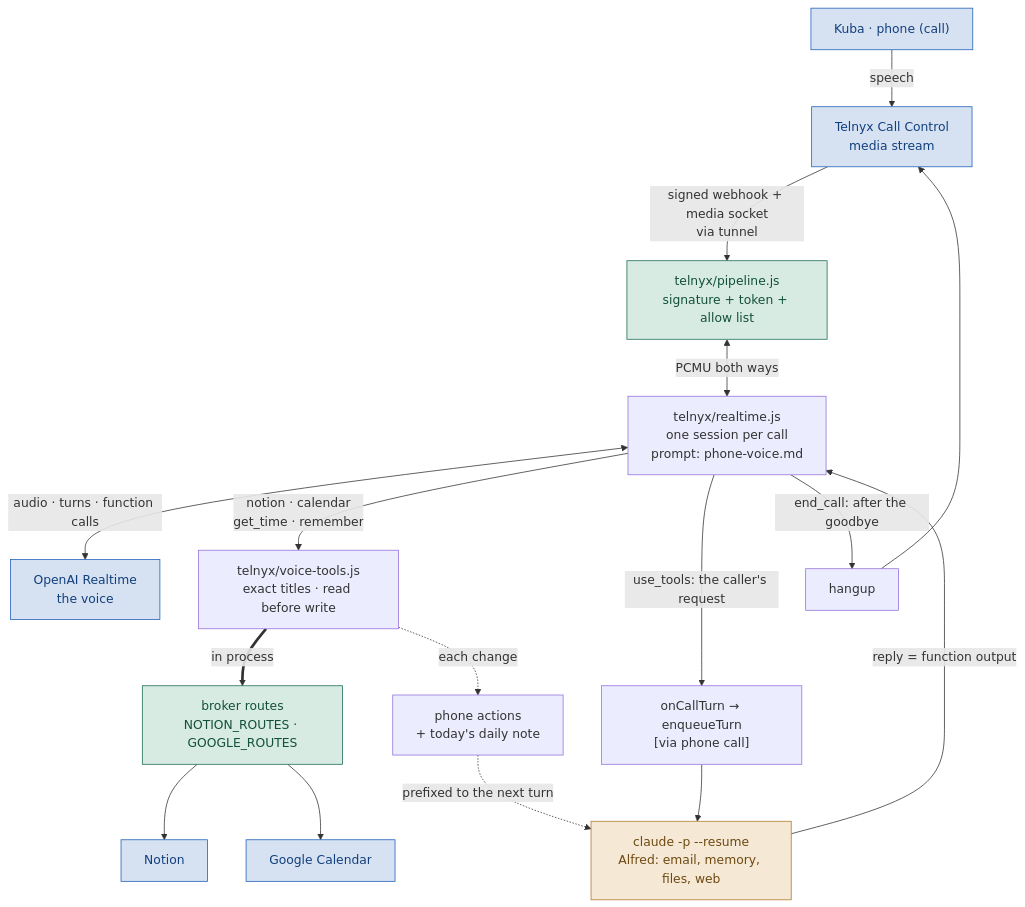
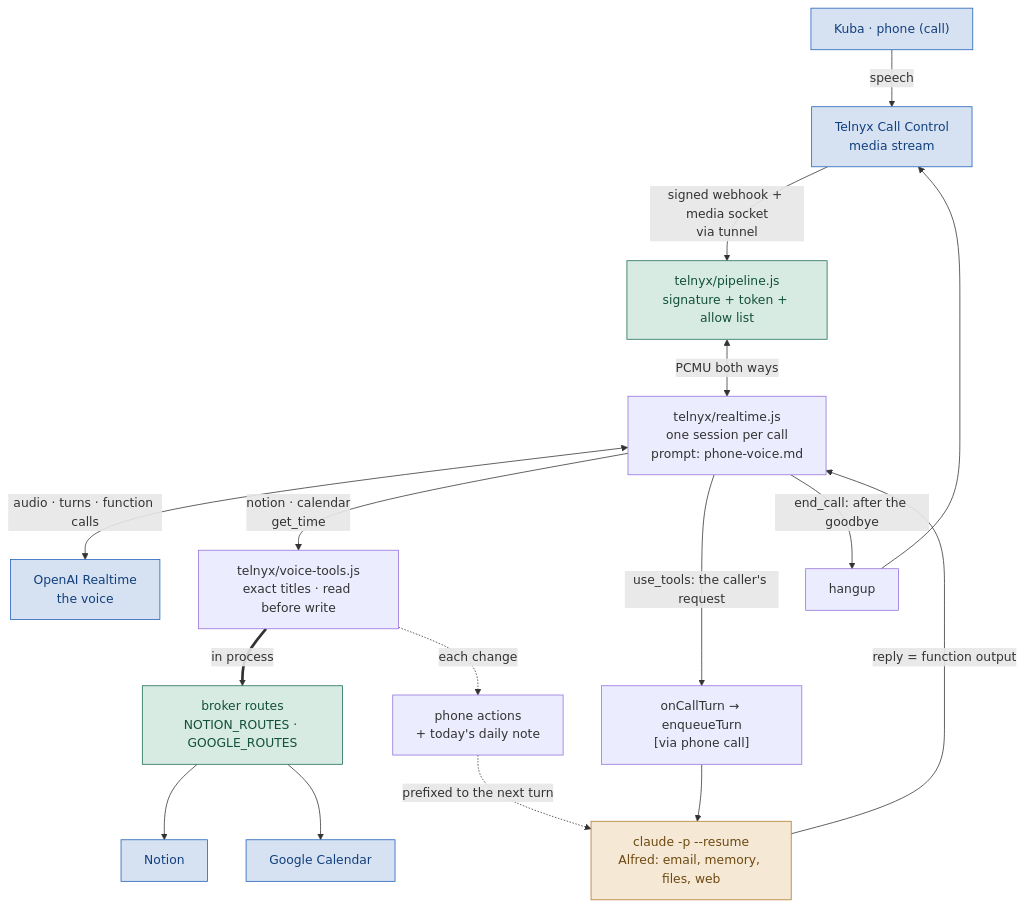
The second of 7 diagrams in SYSTEM-MAP.md (KubaJerz/alfred-node), drawn with Mermaid before and after one commit. The commit also changed other lines of this file and 11 other files, not shown here.

First line of the commit message:
feat: notion write with nested markdown and after; drop the remember tool

````diff
--- a/SYSTEM-MAP.md
+++ b/SYSTEM-MAP.md
@@ -211,24 +211,24 @@
 ```mermaid
 flowchart TD
     CALL["Kuba · phone (call)"] -->|speech| CC["Telnyx Call Control<br/>media stream"]
     CC -->|"signed webhook + media socket<br/>via tunnel"| VP["telnyx/pipeline.js<br/>signature + token + allow list"]
     VP <-->|"PCMU both ways"| RT["telnyx/realtime.js<br/>one session per call<br/>prompt: phone-voice.md"]
     RT <-->|"audio · turns · function calls"| OA["OpenAI Realtime<br/>the voice"]
-    RT -->|"notion · calendar<br/>get_time · remember"| VT["telnyx/voice-tools.js<br/>exact titles · read before write"]
+    RT -->|"notion · calendar<br/>get_time"| VT["telnyx/voice-tools.js<br/>exact titles · read before write"]
     VT ==>|"in process"| BR["broker routes<br/>NOTION_ROUTES · GOOGLE_ROUTES"]
     BR --> N["Notion"]
     BR --> G["Google Calendar"]
     VT -.->|"each change"| NOTE["phone actions<br/>+ today's daily note"]
     NOTE -.->|"prefixed to the next turn"| SPAWN
     RT -->|"use_tools: the caller's request"| Q["onCallTurn → enqueueTurn<br/>[via phone call]"]
     Q --> SPAWN["claude -p --resume<br/>Alfred: email, memory, files, web"]
     SPAWN -->|"reply = function output"| RT
     RT -->|"end_call: after the goodbye"| HU["hangup"]
     HU --> CC
     classDef external fill:#d6e2f2,stroke:#1f5fb8,color:#123f7d
     classDef gateway fill:#d8ebe2,stroke:#1b6b52,color:#12503c
     classDef stack fill:#f5e8d5,stroke:#b07a2a,color:#6e4a12
     class CALL,CC,OA,N,G external
     class VP,BR gateway
     class SPAWN stack
 ```
````
